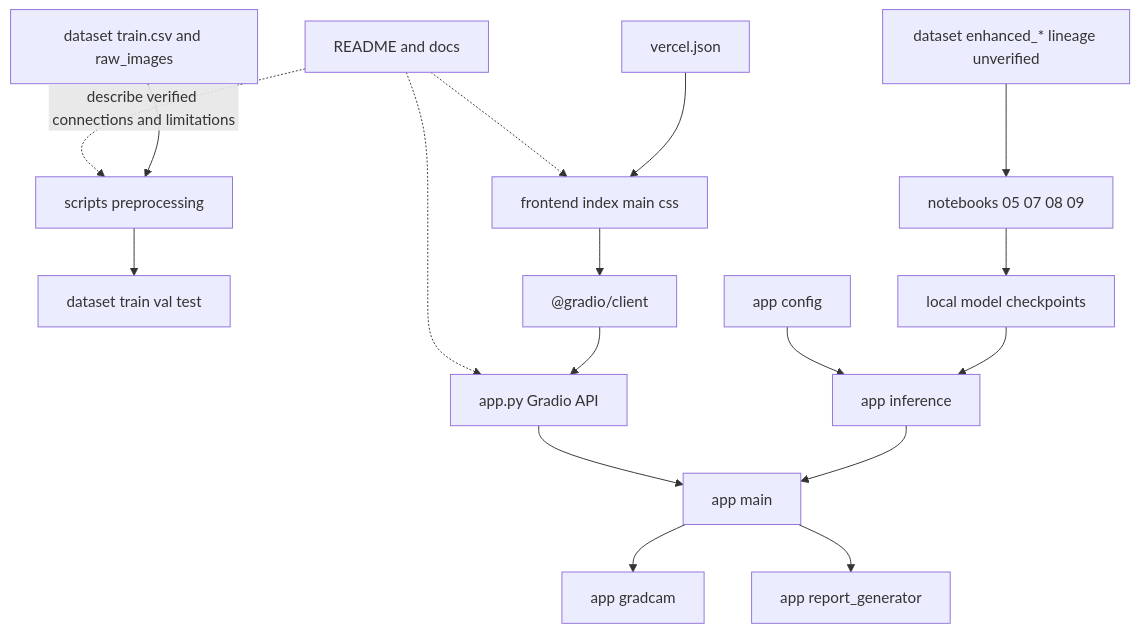
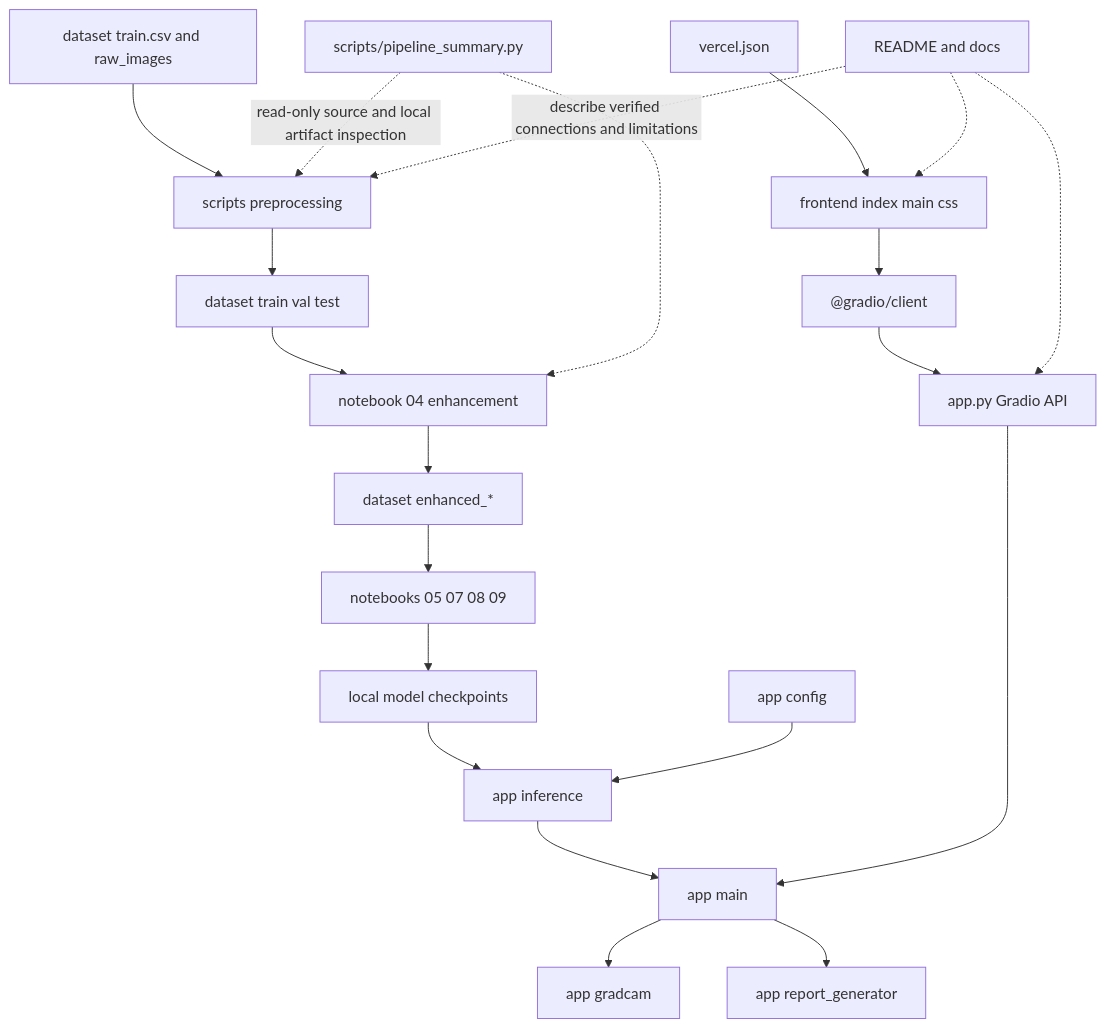
The diagram in docs/FILE_GUIDE.md (01mayankk/retinascan-ai), drawn with Mermaid before and after one commit. The commit also changed other lines of this file and 8 other files, not shown here.

Commit message:
docs: update backend and onboarding guides for CLI pipeline inspection

````diff
--- a/docs/FILE_GUIDE.md
+++ b/docs/FILE_GUIDE.md
@@ -7,19 +7,23 @@
 ```mermaid
 flowchart TD
     CSV[dataset train.csv and raw_images] --> PRE[scripts preprocessing]
     PRE --> SPLITS[dataset train val test]
-    ENH[dataset enhanced_* lineage unverified] --> NB[notebooks 05 07 08 09]
+    SPLITS --> NB04[notebook 04 enhancement]
+    NB04 --> ENH[dataset enhanced_*]
+    ENH --> NB[notebooks 05 07 08 09]
+    AUDIT[scripts/pipeline_summary.py] -. "read-only source and local artifact inspection" .-> PRE
+    AUDIT -.-> NB04
     NB --> WEIGHTS[local model checkpoints]
     WEIGHTS --> INF[app inference]
     CONFIG[app config] --> INF
     INF --> MAIN[app main]
     MAIN --> CAM[app gradcam]
     MAIN --> PDF[app report_generator]
     API[app.py Gradio API] --> MAIN
     FRONT[frontend index main css] --> CLIENT["@gradio/client"]
     CLIENT --> API
     VERCEL[vercel.json] --> FRONT
     DOCS[README and docs] -. "describe verified connections and limitations" .-> PRE
     DOCS -.-> API
     DOCS -.-> FRONT
 ```
````
